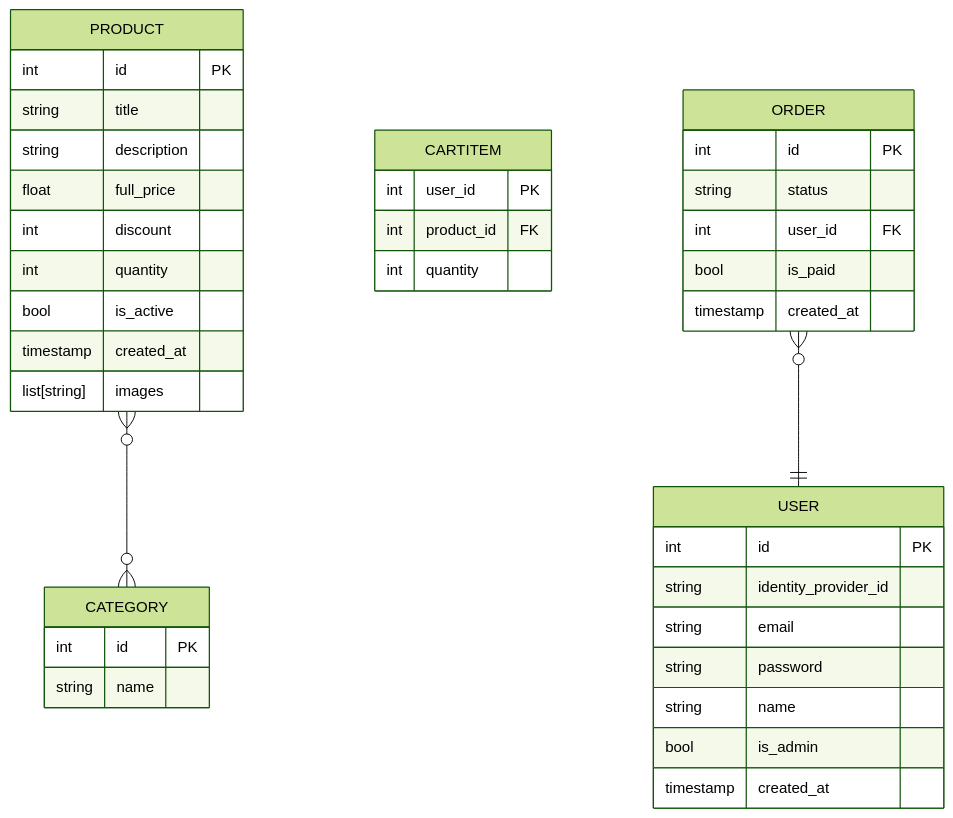
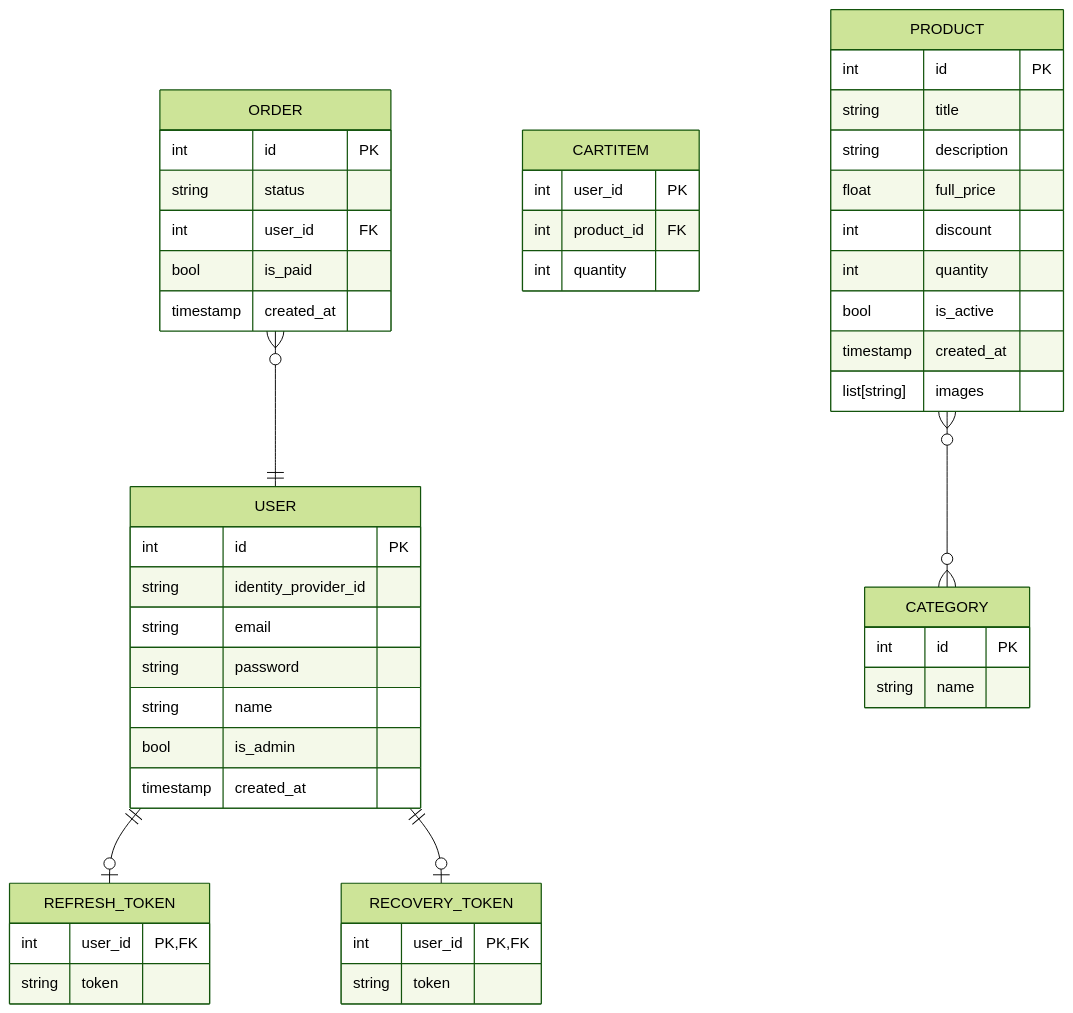
Before and after one commit to ivan-22-3-5/e-commerce: the diagram in er.md, drawn with Mermaid (forest theme).

Commit message:
docs(er): add token models

````diff
--- a/er.md
+++ b/er.md
@@ -1,46 +1,58 @@
 ```mermaid
 erDiagram
     PRODUCT {
         int id PK
         string title
         string description
         float full_price
         int discount
         int quantity
         bool is_active
         timestamp created_at
         list[string] images
     }
 
     USER {
         int id PK
         string identity_provider_id
         string email 
         string password 
         string name
         bool is_admin 
         timestamp created_at
     }
     
     CATEGORY {
         int id PK
         string name
     }
 
     CARTITEM {
         int user_id PK
         int product_id FK
         int quantity 
     }
 
     ORDER {
         int id PK
         string status
         int user_id FK
         bool is_paid
         timestamp created_at
     }
+    
+    REFRESH_TOKEN {
+        int user_id PK, FK
+        string token
+    }
+    
+    RECOVERY_TOKEN {
+        int user_id PK, FK
+        string token
+    }
 
     PRODUCT }o--o{ CATEGORY: ""
     ORDER }o--|| USER: ""
+    USER ||--o| REFRESH_TOKEN: ""
+    USER ||--o| RECOVERY_TOKEN: ""
 ```
````
